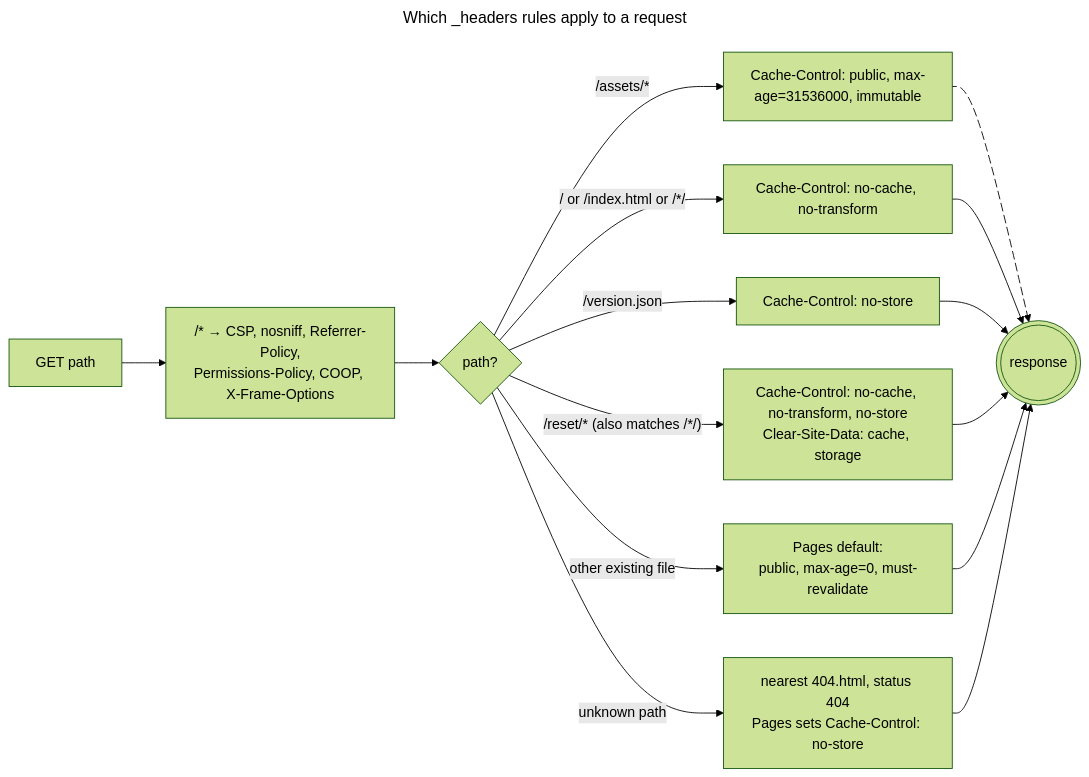
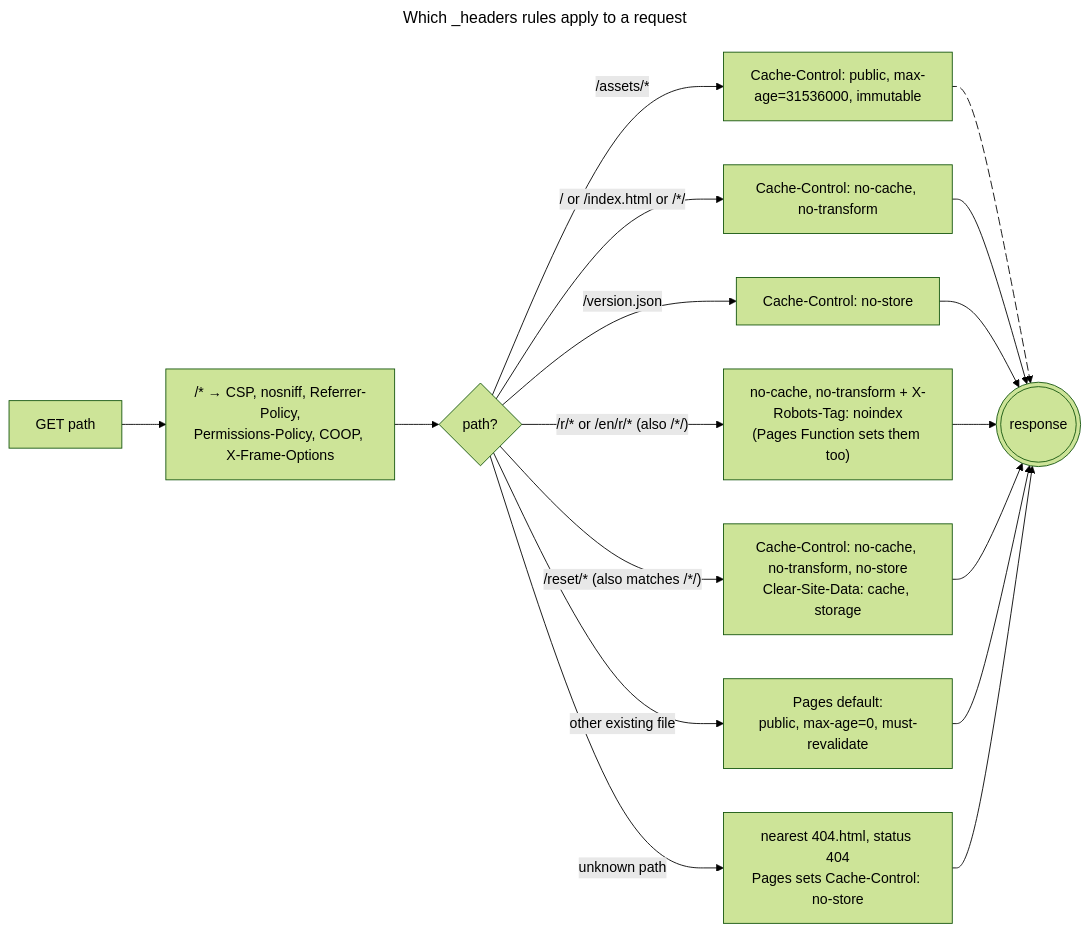
Before and after one commit to VinylStage/trex_vs_tiger_sim: the second of 2 diagrams in docs/DEPLOYMENT.md, drawn with Mermaid (forest theme). The commit also changed other lines of this file and 45 other files, not shown here.

````diff
--- a/docs/DEPLOYMENT.md
+++ b/docs/DEPLOYMENT.md
@@ -208,24 +216,26 @@
 ```mermaid
 ---
 title: Which _headers rules apply to a request
 config:
   flowchart:
     curve: basis
 ---
 flowchart LR
     req@{ shape: rect, label: "GET path" } --> all@{ shape: rect, label: "/* → CSP, nosniff, Referrer-Policy,<br/>Permissions-Policy, COOP, X-Frame-Options" }
     all --> q{"path?"}
     q -- "/assets/*" --> imm@{ shape: rect, label: "Cache-Control: public, max-age=31536000, immutable" }
     q -- "/ or /index.html or /*/" --> nc@{ shape: rect, label: "Cache-Control: no-cache, no-transform" }
+    q -- "/r/* or /en/r/* (also /*/)" --> rp@{ shape: rect, label: "no-cache, no-transform + X-Robots-Tag: noindex<br/>(Pages Function sets them too)" }
     q -- "/version.json" --> vj@{ shape: rect, label: "Cache-Control: no-store" }
     q -- "/reset/* (also matches /*/)" --> rs@{ shape: rect, label: "Cache-Control: no-cache, no-transform, no-store<br/>Clear-Site-Data: cache, storage" }
     q -- "other existing file" --> def@{ shape: rect, label: "Pages default:<br/>public, max-age=0, must-revalidate" }
     q -- "unknown path" --> nf@{ shape: rect, label: "nearest 404.html, status 404<br/>Pages sets Cache-Control: no-store" }
     imm e1@--> resp@{ shape: dbl-circ, label: "response" }
     nc --> resp
     vj --> resp
+    rp --> resp
     rs --> resp
     def --> resp
     nf --> resp
     e1@{ animate: true }
 ```
````
